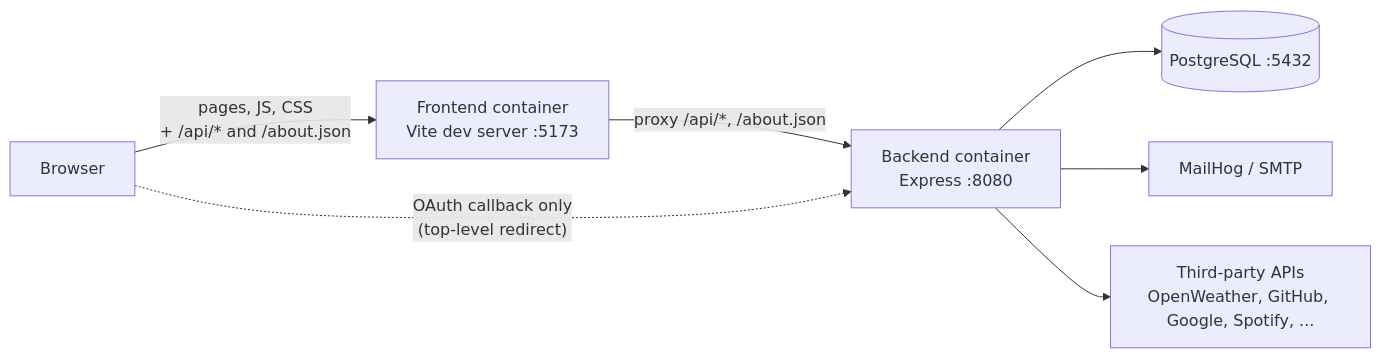
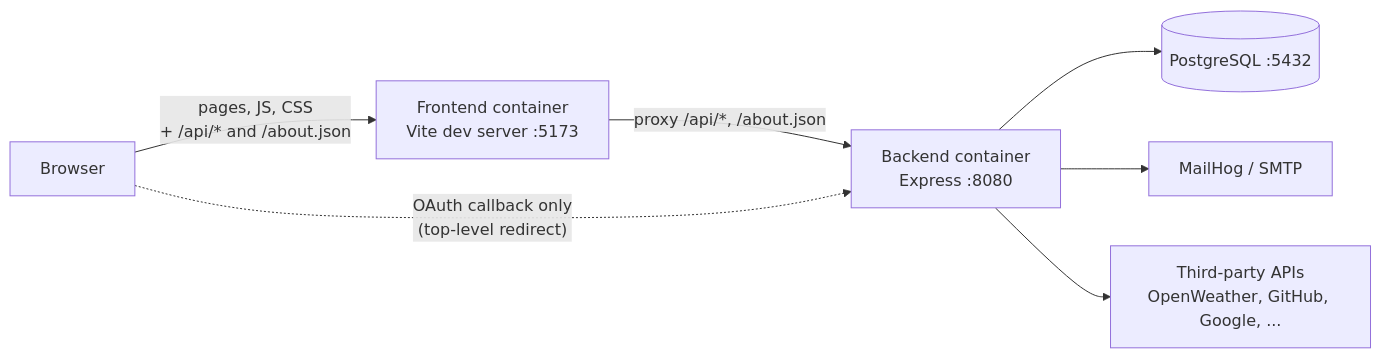
The first of 3 diagrams in docs/FRONTEND_BACKEND_COMMUNICATION.md (Inarie351/Dashboard), drawn with Mermaid before and after one commit. The commit also changed other lines of this file and 93 other files, not shown here.

````diff
--- a/docs/FRONTEND_BACKEND_COMMUNICATION.md
+++ b/docs/FRONTEND_BACKEND_COMMUNICATION.md
@@ -10,9 +10,9 @@
 ```mermaid
 flowchart LR
     B[Browser] -- "pages, JS, CSS<br/>+ /api/* and /about.json" --> V["Frontend container<br/>Vite dev server :5173"]
     V -- "proxy /api/*, /about.json" --> A["Backend container<br/>Express :8080"]
     A --> DB[("PostgreSQL :5432")]
     A --> M["MailHog / SMTP"]
-    A --> T["Third-party APIs<br/>OpenWeather, GitHub, Google, Spotify, ..."]
+    A --> T["Third-party APIs<br/>OpenWeather, GitHub, Google, ..."]
     B -. "OAuth callback only<br/>(top-level redirect)" .-> A
 ```
````
